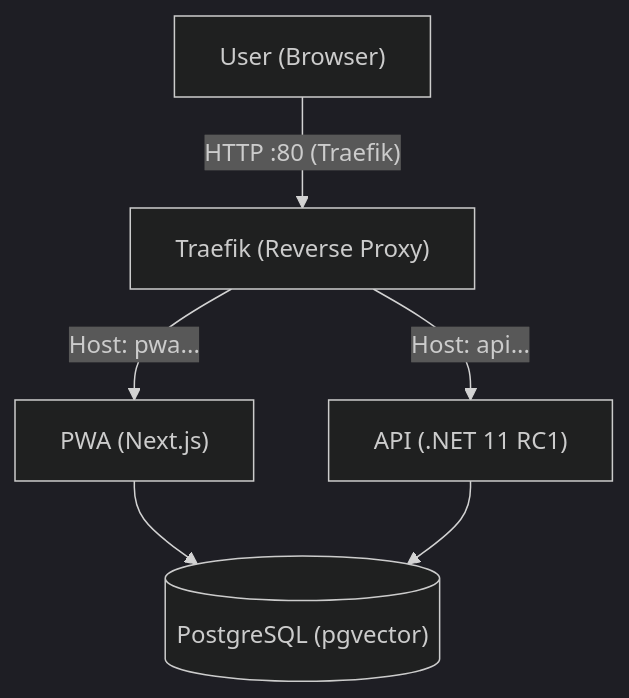
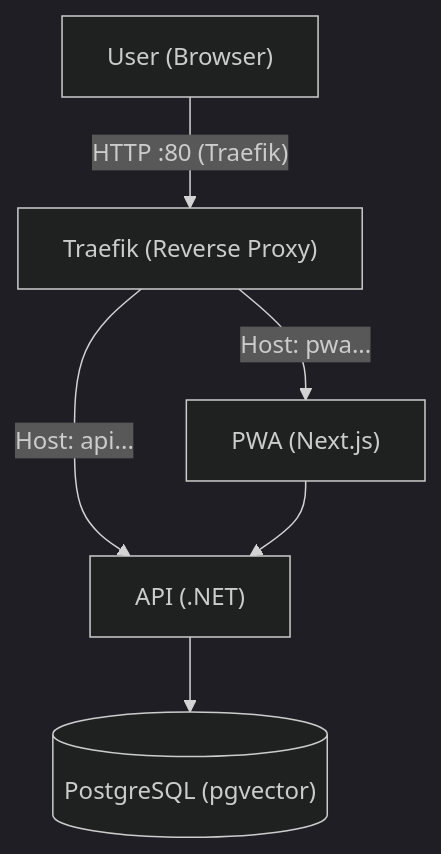
The diagram in LOCAL_DEV_LOOP.md (AlexandreBrisebois/whats-for-supper), drawn with Mermaid (dark theme) before and after one commit. The commit also changed other lines of this file and 161 other files, not shown here.

````diff
--- a/LOCAL_DEV_LOOP.md
+++ b/LOCAL_DEV_LOOP.md
@@ -71,8 +95,8 @@
 ```mermaid
 graph TD
     User["User (Browser)"] -- "HTTP :80 (Traefik)" --> Traefik["Traefik (Reverse Proxy)"]
     Traefik -- "Host: pwa..." --> PWA["PWA (Next.js)"]
-    Traefik -- "Host: api..." --> API["API (.NET 11 RC1)"]
-    PWA --> DB[("PostgreSQL (pgvector)")]
-    API --> DB
+    Traefik -- "Host: api..." --> API["API (.NET)"]
+    PWA --> API
+    API --> DB[("PostgreSQL (pgvector)")]
 ```
````
